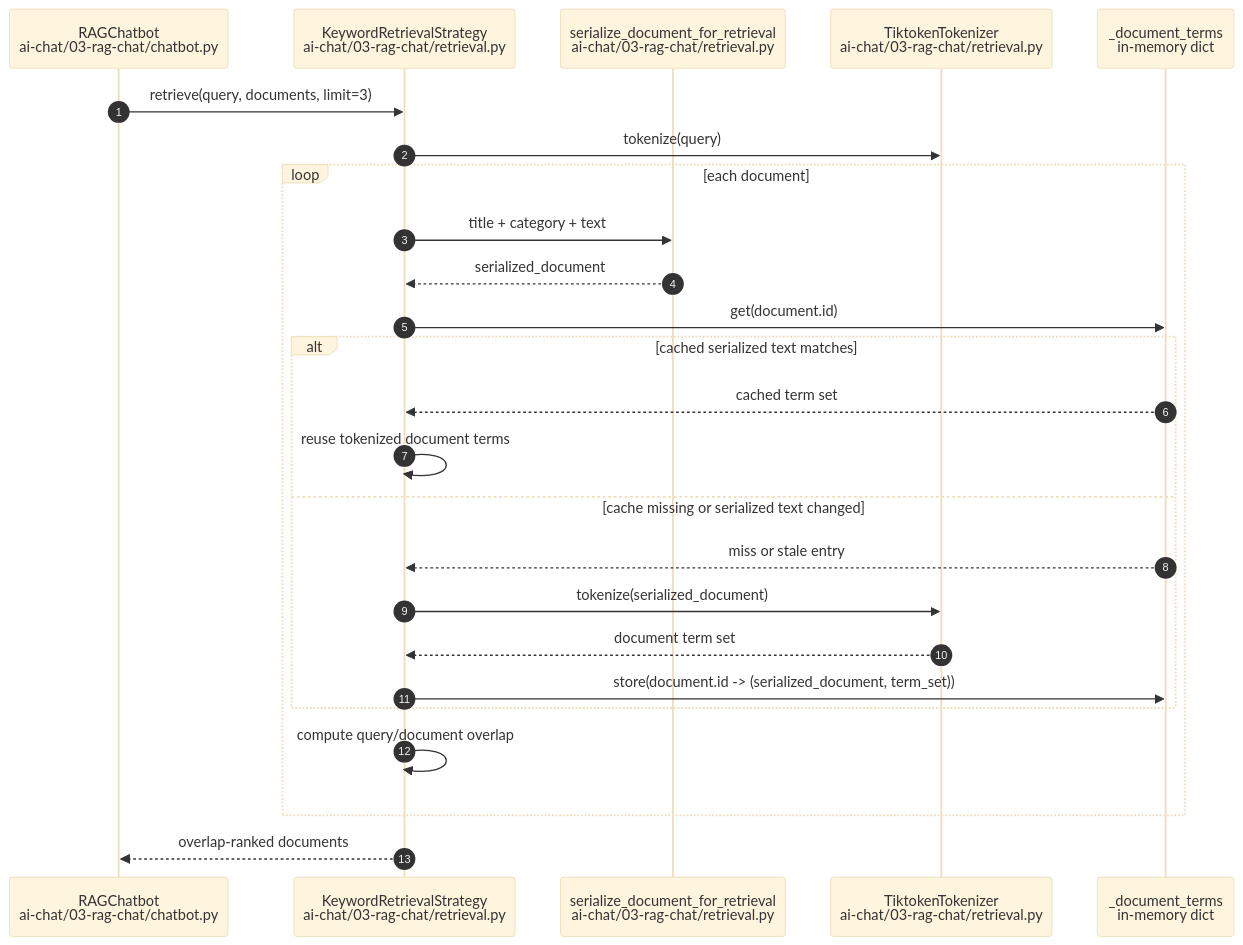
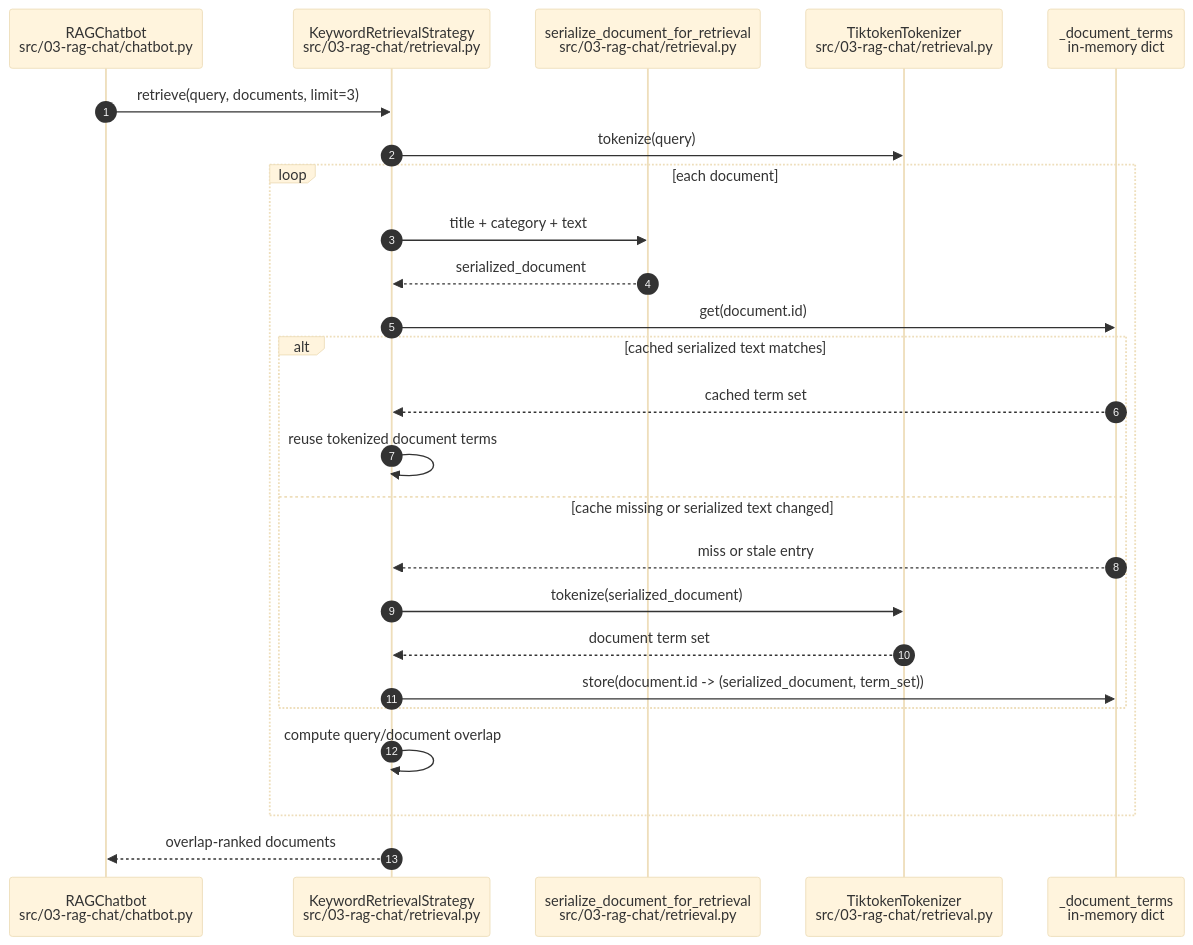
The seventh of 8 diagrams in Architecture.md (yao-creative/ai-playground), drawn with Mermaid (base theme) before and after one commit. The commit also changed other lines of this file and 6 other files, not shown here.

Commit message:
renamed ai-chat to src

````diff
--- a/Architecture.md
+++ b/Architecture.md
@@ -546,28 +546,28 @@
 ```mermaid
 sequenceDiagram
     autonumber
-    participant Bot as RAGChatbot<br/>ai-chat/03-rag-chat/chatbot.py
-    participant Keyword as KeywordRetrievalStrategy<br/>ai-chat/03-rag-chat/retrieval.py
-    participant Serialize as serialize_document_for_retrieval<br/>ai-chat/03-rag-chat/retrieval.py
-    participant Tokenizer as TiktokenTokenizer<br/>ai-chat/03-rag-chat/retrieval.py
+    participant Bot as RAGChatbot<br/>src/03-rag-chat/chatbot.py
+    participant Keyword as KeywordRetrievalStrategy<br/>src/03-rag-chat/retrieval.py
+    participant Serialize as serialize_document_for_retrieval<br/>src/03-rag-chat/retrieval.py
+    participant Tokenizer as TiktokenTokenizer<br/>src/03-rag-chat/retrieval.py
     participant Cache as _document_terms<br/>in-memory dict
 
     Bot->>Keyword: retrieve(query, documents, limit=3)
     Keyword->>Tokenizer: tokenize(query)
     loop each document
         Keyword->>Serialize: title + category + text
         Serialize-->>Keyword: serialized_document
         Keyword->>Cache: get(document.id)
         alt cached serialized text matches
             Cache-->>Keyword: cached term set
             Keyword->>Keyword: reuse tokenized document terms
         else cache missing or serialized text changed
             Cache-->>Keyword: miss or stale entry
             Keyword->>Tokenizer: tokenize(serialized_document)
             Tokenizer-->>Keyword: document term set
             Keyword->>Cache: store(document.id -> (serialized_document, term_set))
         end
         Keyword->>Keyword: compute query/document overlap
     end
     Keyword-->>Bot: overlap-ranked documents
 ```
````
